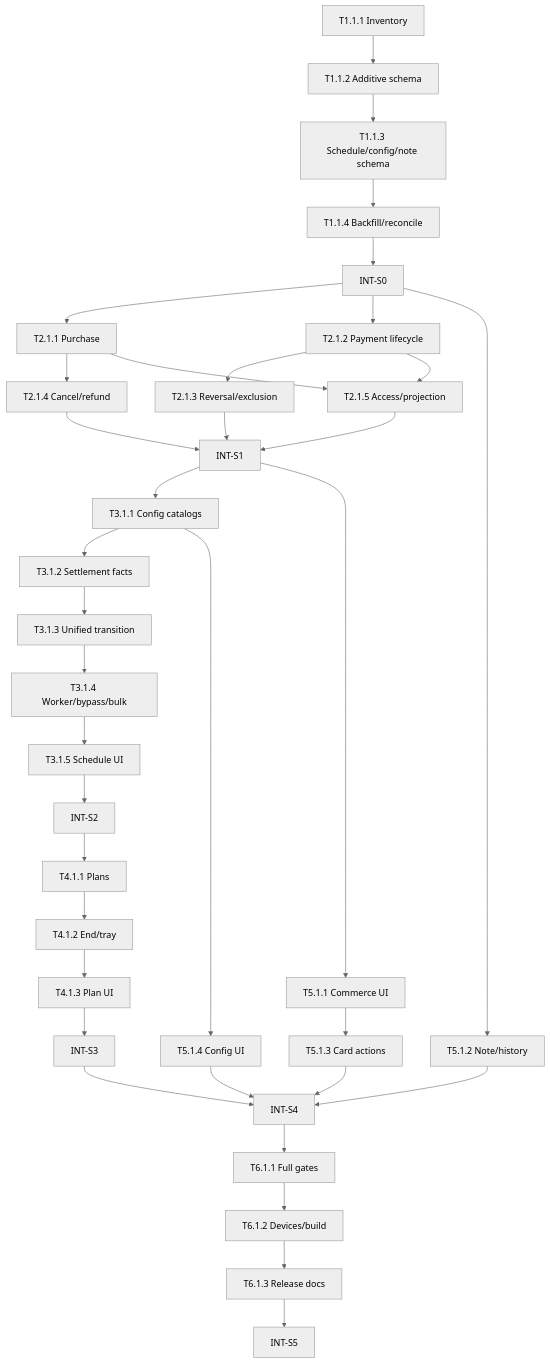
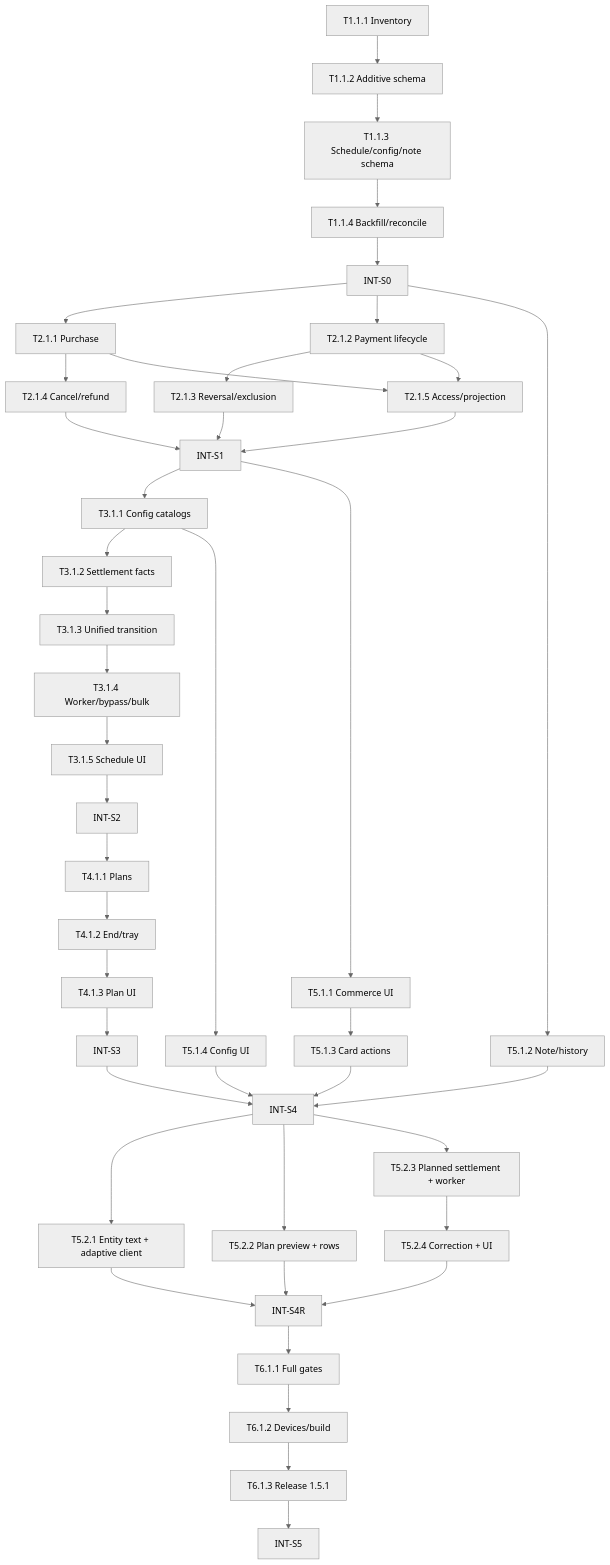
The diagram in .anws/v7/05_TASKS.md (MagicMusicCRM/MagicMusicCRM), drawn with Mermaid (neutral theme) before and after one commit. The commit also changed other lines of this file and 101 other files, not shown here.

````diff
--- a/.anws/v7/05_TASKS.md
+++ b/.anws/v7/05_TASKS.md
@@ -9,28 +9,34 @@
 ```mermaid
 graph TD
   A["T1.1.1 Inventory"] --> B["T1.1.2 Additive schema"]
   B --> B2["T1.1.3 Schedule/config/note schema"] --> C["T1.1.4 Backfill/reconcile"] --> I0["INT-S0"]
   I0 --> D["T2.1.1 Purchase"]
   I0 --> E["T2.1.2 Payment lifecycle"]
   D --> F["T2.1.4 Cancel/refund"]
   E --> G["T2.1.3 Reversal/exclusion"]
   D --> H["T2.1.5 Access/projection"]
   E --> H
   F --> I1["INT-S1"]
   G --> I1
   H --> I1
   I1 --> J["T3.1.1 Config catalogs"]
   J --> K["T3.1.2 Settlement facts"]
   K --> L["T3.1.3 Unified transition"]
   L --> L2["T3.1.4 Worker/bypass/bulk"] --> M["T3.1.5 Schedule UI"] --> I2["INT-S2"]
   I2 --> N["T4.1.1 Plans"] --> O["T4.1.2 End/tray"] --> P["T4.1.3 Plan UI"] --> I3["INT-S3"]
   I1 --> Q["T5.1.1 Commerce UI"]
   I0 --> R["T5.1.2 Note/history"]
   Q --> S["T5.1.3 Card actions"]
   J --> T["T5.1.4 Config UI"]
   I3 --> I4["INT-S4"]
   R --> I4
   S --> I4
   T --> I4
-  I4 --> U["T6.1.1 Full gates"] --> V["T6.1.2 Devices/build"] --> W["T6.1.3 Release docs"] --> I5["INT-S5"]
+  I4 --> X["T5.2.1 Entity text + adaptive client"]
+  I4 --> Y["T5.2.2 Plan preview + rows"]
+  I4 --> Z["T5.2.3 Planned settlement + worker"] --> C2["T5.2.4 Correction + UI"]
+  X --> I4R["INT-S4R"]
+  Y --> I4R
+  C2 --> I4R
+  I4R --> U["T6.1.1 Full gates"] --> V["T6.1.2 Devices/build"] --> W["T6.1.3 Release 1.5.1"] --> I5["INT-S5"]
 ```
````
